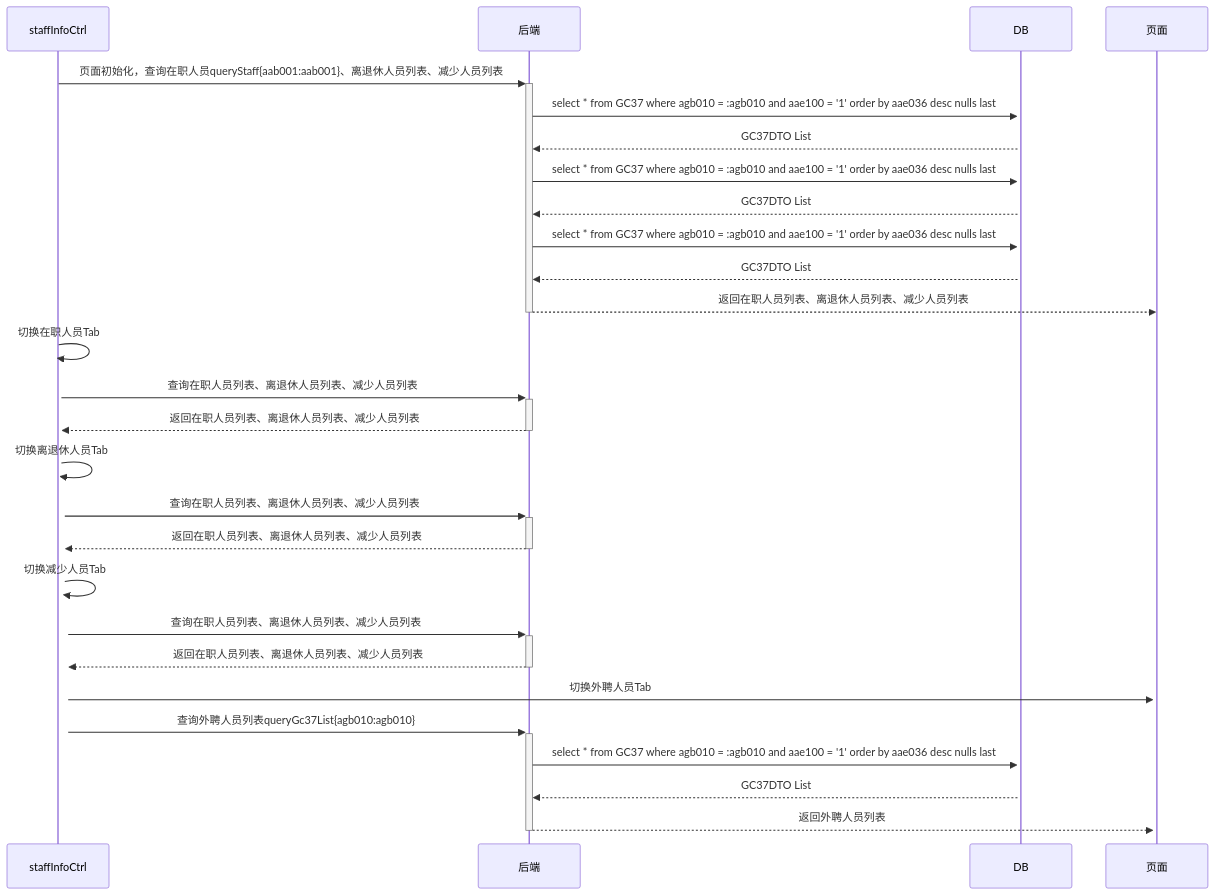
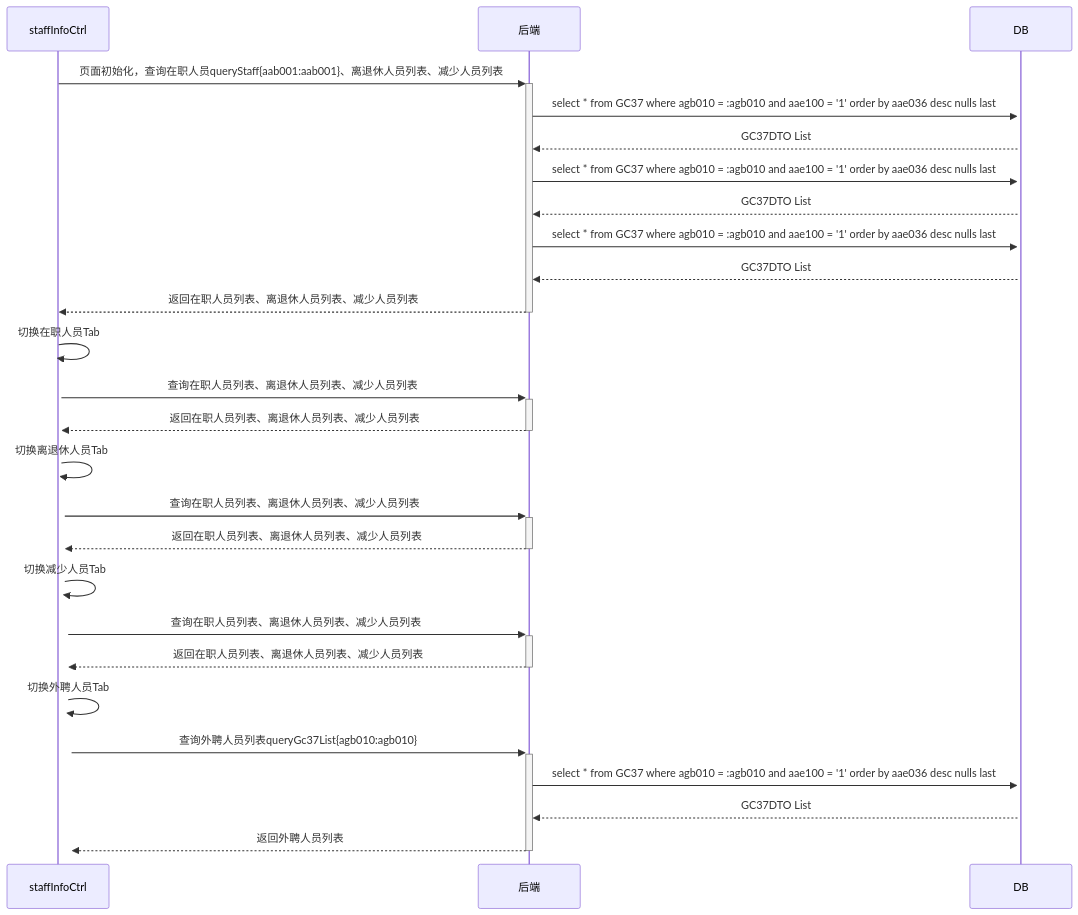
The diagram in all/人员基本信息初始化页面多Tab调用业务流程.md (ZhangJianBeiJing/iodraw-files), drawn with Mermaid before and after one commit.

Commit message:
2025-03-25 10:38:32 update

````diff
--- a/all/人员基本信息初始化页面多Tab调用业务流程.md
+++ b/all/人员基本信息初始化页面多Tab调用业务流程.md
@@ -1,25 +1,25 @@
 ```mermaid
 sequenceDiagram
     staffInfoCtrl->>+后端: 页面初始化，查询在职人员queryStaff{aab001:aab001}、离退休人员列表、减少人员列表
     后端->>+DB:select * from GC37 where agb010 = :agb010 and aae100 = '1' order by aae036 desc nulls last
     DB-->>后端:GC37DTO List
     后端->>+DB:select * from GC37 where agb010 = :agb010 and aae100 = '1' order by aae036 desc nulls last
     DB-->>后端:GC37DTO List
     后端->>+DB:select * from GC37 where agb010 = :agb010 and aae100 = '1' order by aae036 desc nulls last
     DB-->>后端:GC37DTO List
-    后端-->>-页面:返回在职人员列表、离退休人员列表、减少人员列表
+    后端-->>-staffInfoCtrl:返回在职人员列表、离退休人员列表、减少人员列表
     staffInfoCtrl->>+staffInfoCtrl:切换在职人员Tab
     staffInfoCtrl->>+后端:查询在职人员列表、离退休人员列表、减少人员列表
     后端-->>-staffInfoCtrl:返回在职人员列表、离退休人员列表、减少人员列表
     staffInfoCtrl->>+staffInfoCtrl:切换离退休人员Tab
     staffInfoCtrl->>+后端:查询在职人员列表、离退休人员列表、减少人员列表
     后端-->>-staffInfoCtrl:返回在职人员列表、离退休人员列表、减少人员列表
     staffInfoCtrl->>+staffInfoCtrl:切换减少人员Tab
     staffInfoCtrl->>+后端:查询在职人员列表、离退休人员列表、减少人员列表
     后端-->>-staffInfoCtrl:返回在职人员列表、离退休人员列表、减少人员列表
-    staffInfoCtrl->>+页面:切换外聘人员Tab
+    staffInfoCtrl->>+staffInfoCtrl:切换外聘人员Tab
     staffInfoCtrl->>+后端:查询外聘人员列表queryGc37List{agb010:agb010}
     后端->>+DB:select * from GC37 where agb010 = :agb010 and aae100 = '1' order by aae036 desc nulls last
     DB-->>后端:GC37DTO List 
-    后端-->>-页面:返回外聘人员列表
+    后端-->>-staffInfoCtrl:返回外聘人员列表
 ```
````
